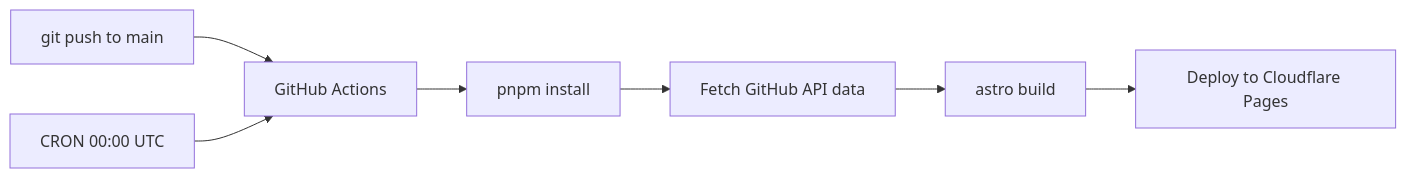
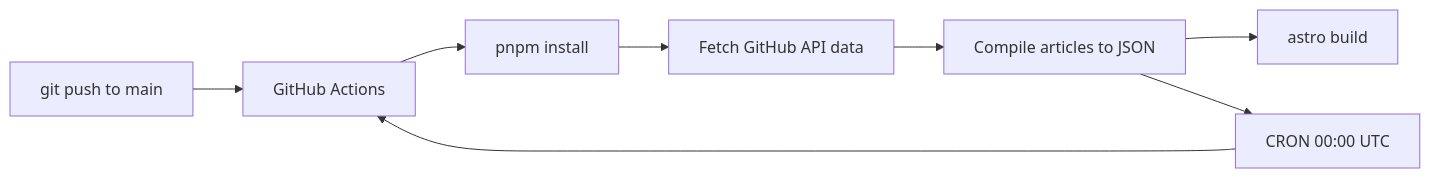
One commit to mansyar/portfolio-v3 changed the diagram in docs/TDD.md. Above: the diagram before and after it, drawn with Mermaid. The commit also changed other lines of this file and 6 other files, not shown here.

Commit message:
docs(conductor): Update PRD, TDD, and ROADMAP for Knowledge Base track

````diff
--- a/docs/TDD.md
+++ b/docs/TDD.md
@@ -690,10 +693,11 @@
 ```mermaid
 graph LR
     A[git push to main] --> B[GitHub Actions]
     B --> C[pnpm install]
     C --> D[Fetch GitHub API data]
-    D --> E[astro build]
-    E --> F[Deploy to Cloudflare Pages]
+    D --> E[Compile articles to JSON]
+    E --> F[astro build]
+    E -->     G[Deploy to Cloudflare Pages]
 
     G[CRON 00:00 UTC] --> B
 ```
````
